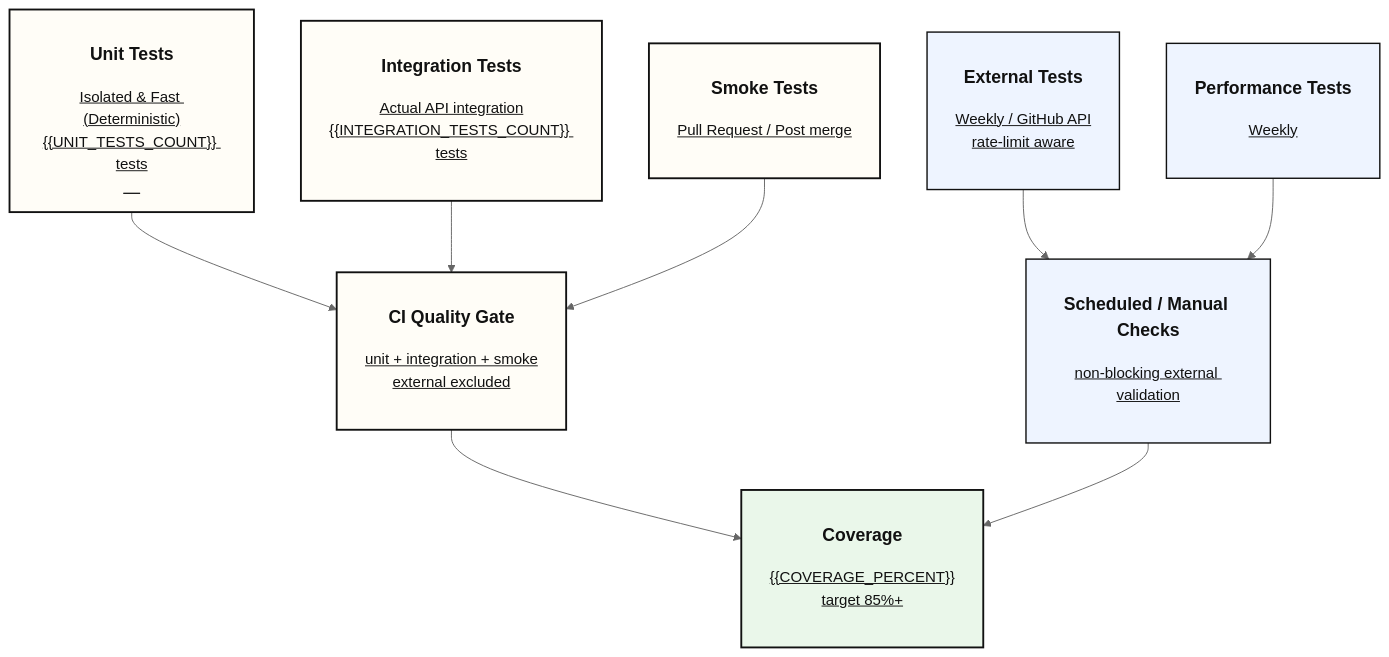
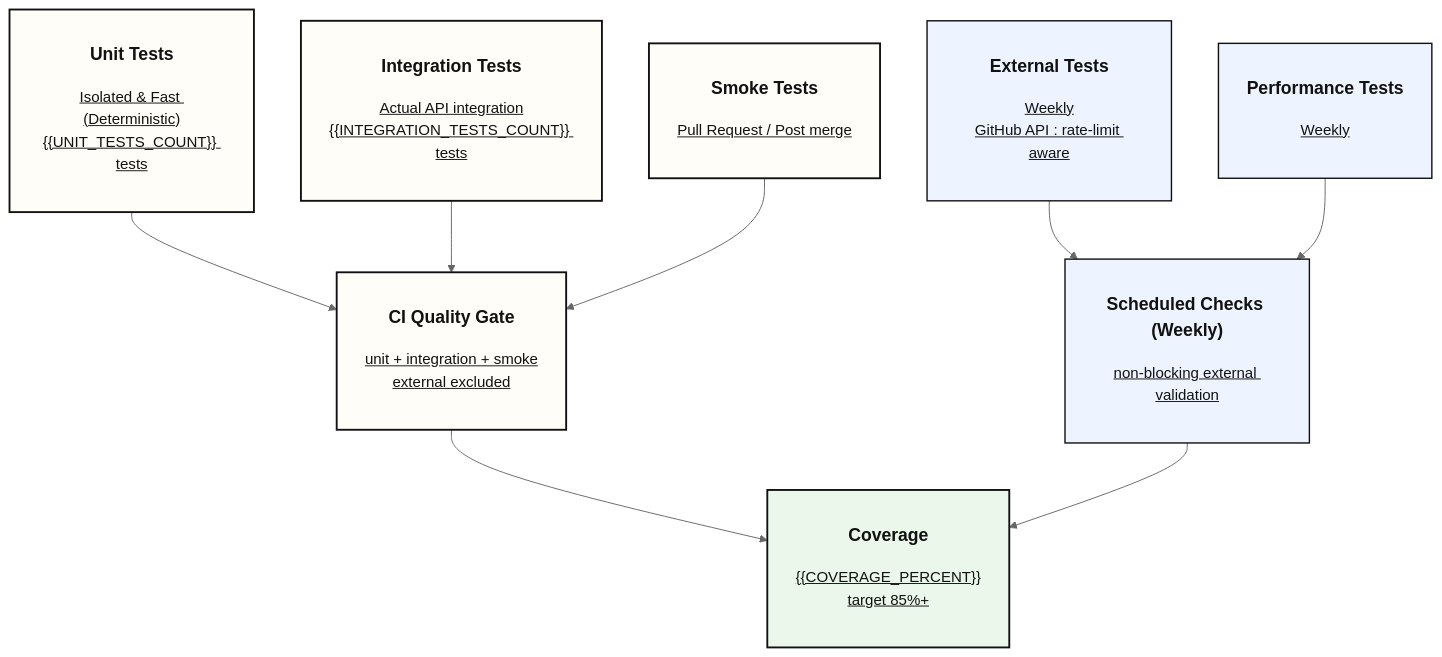
One commit to yaoki-dev/api-test-devops-portfolio changed the third of 4 diagrams in README.md. Above: the diagram before and after it, drawn with Mermaid (neutral theme). The commit also changed other lines of this file and 6 other files, not shown here.

````diff
--- a/README.md
+++ b/README.md
@@ -164,36 +179,36 @@
 ```mermaid
 flowchart TD
-    B["<h3>Unit Tests</h3><u>Isolated & Fast (Deterministic)<br/>{{UNIT_TESTS_COUNT}} tests<u>
+    A["<h3>Unit Tests</h3><u>Isolated & Fast (Deterministic)<br/>{{UNIT_TESTS_COUNT}} tests</u>
     <br/>"]
-    C["<h3>Integration Tests</h3><u>Actual API integration<br/>{{INTEGRATION_TESTS_COUNT}} tests</u>
+    B["<h3>Integration Tests</h3><u>Actual API integration<br/>{{INTEGRATION_TESTS_COUNT}} tests</u>
     <br/>"]
-    H["<h3>Smoke Tests</h3><u>Pull Request / Post merge</u>
+    G["<h3>Smoke Tests</h3><u>Pull Request / Post merge</u>
     <br/>"]
 
-    B --> D["<h3>CI Quality Gate</h3><u>unit + integration + smoke<br/>external excluded</u>
+    A --> C["<h3>CI Quality Gate</h3><u>unit + integration + smoke<br/>external excluded</u>
     <br/>"]
-    C --> D
-    H --> D
+    B --> C
+    G --> C
 
-    E["<h3>External Tests</h3><u>Weekly / GitHub API<br/>rate-limit aware</u>
+    D["<h3>External Tests</h3><u>Weekly<br/>GitHub API : rate-limit aware</u>
     <br/>"]
-    G["<h3>Performance Tests</h3><u>Weekly</u>
+    F["<h3>Performance Tests</h3><u>Weekly</u>
     <br/>"]
 
-    E --> F["<h3>Scheduled / Manual Checks</h3><u>non-blocking external validation</u>
+    D --> E["<h3>Scheduled Checks (Weekly)</h3><u>non-blocking external validation</u>
     <br/>"]
-    G --> F
+    F --> E
 
-    D --> I["<h3>Coverage</h3><u>{{COVERAGE_PERCENT}}<br/>target 85%+</u>
+    C --> H["<h3>Coverage</h3><u>{{COVERAGE_PERCENT}}<br/>target 85%+</u>
     <br/>"]
-    F --> I
+    E --> H
 
     classDef default fill:#F7F3EA,stroke:#111,stroke-width:1.5px,color:#111;
     classDef key fill:#FFFDF7,stroke:#111,stroke-width:2px,color:#111;
     classDef support fill:#EEF4FF,stroke:#111,stroke-width:1.5px,color:#111;
     classDef metric fill:#EAF7EA,stroke:#111,stroke-width:2px,color:#111;
 
-    class B,C,D,H key;
-    class E,F,G support;
-    class I metric;
+    class A,B,C,G key;
+    class D,E,F support;
+    class H metric;
 ```
````
